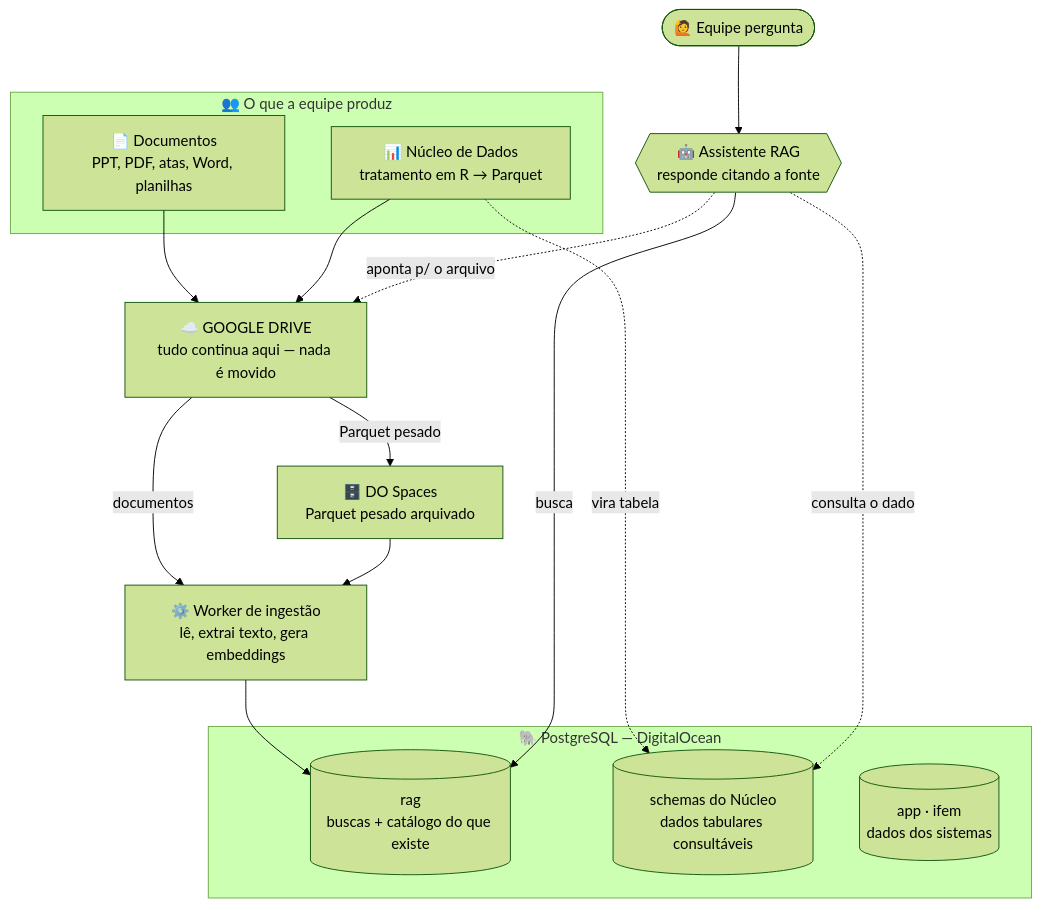
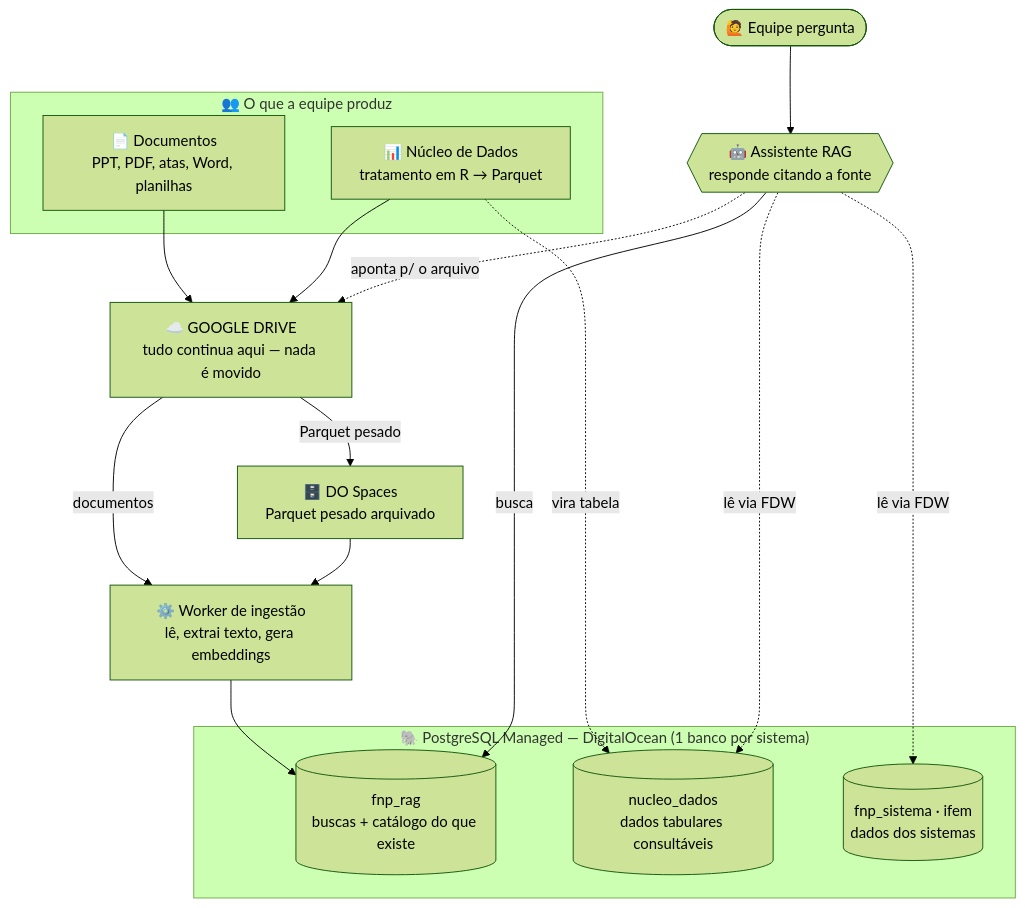
One commit to dadosfnp/fnp-documentacao changed the diagram in docs/equipe/VISAO_GERAL_E_PROXIMOS_PASSOS.md. Above: the diagram before and after it, drawn with Mermaid (forest theme). The commit also changed other lines of this file and 12 other files, not shown here.

First line of the commit message:
@ fix: corrige arquitetura para a infra real (Droplet+Docker, fnp_rag+FDW)

````diff
--- a/docs/equipe/VISAO_GERAL_E_PROXIMOS_PASSOS.md
+++ b/docs/equipe/VISAO_GERAL_E_PROXIMOS_PASSOS.md
@@ -22,33 +22,34 @@
 ```mermaid
 flowchart TB
     subgraph ENTRA["👥 O que a equipe produz"]
         DOCS["📄 Documentos<br/>PPT, PDF, atas, Word, planilhas"]
         DADOS["📊 Núcleo de Dados<br/>tratamento em R → Parquet"]
     end
 
     DRIVE["☁️ GOOGLE DRIVE<br/>tudo continua aqui — nada é movido"]
     SPACES["🗄️ DO Spaces<br/>Parquet pesado arquivado"]
 
-    subgraph PG["🐘 PostgreSQL — DigitalOcean"]
-        RAGDB[("rag<br/>buscas + catálogo do que existe")]
-        NUCLEO[("schemas do Núcleo<br/>dados tabulares consultáveis")]
-        APP[("app · ifem<br/>dados dos sistemas")]
+    subgraph PG["🐘 PostgreSQL Managed — DigitalOcean (1 banco por sistema)"]
+        RAGDB[("fnp_rag<br/>buscas + catálogo do que existe")]
+        NUCLEO[("nucleo_dados<br/>dados tabulares consultáveis")]
+        APP[("fnp_sistema · ifem<br/>dados dos sistemas")]
     end
 
     WORKER["⚙️ Worker de ingestão<br/>lê, extrai texto, gera embeddings"]
     ASSIST{{"🤖 Assistente RAG<br/>responde citando a fonte"}}
     USER(["🙋 Equipe pergunta"])
 
     DOCS --> DRIVE
     DADOS --> DRIVE
     DRIVE -->|documentos| WORKER
     DRIVE -->|Parquet pesado| SPACES
     SPACES --> WORKER
     DADOS -. vira tabela .-> NUCLEO
     WORKER --> RAGDB
 
     USER --> ASSIST
     ASSIST -->|busca| RAGDB
     ASSIST -. aponta p/ o arquivo .-> DRIVE
-    ASSIST -. consulta o dado .-> NUCLEO
+    ASSIST -. lê via FDW .-> NUCLEO
+    ASSIST -. lê via FDW .-> APP
 ```
````
